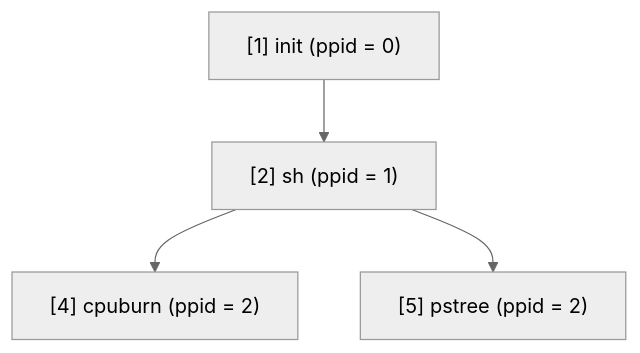
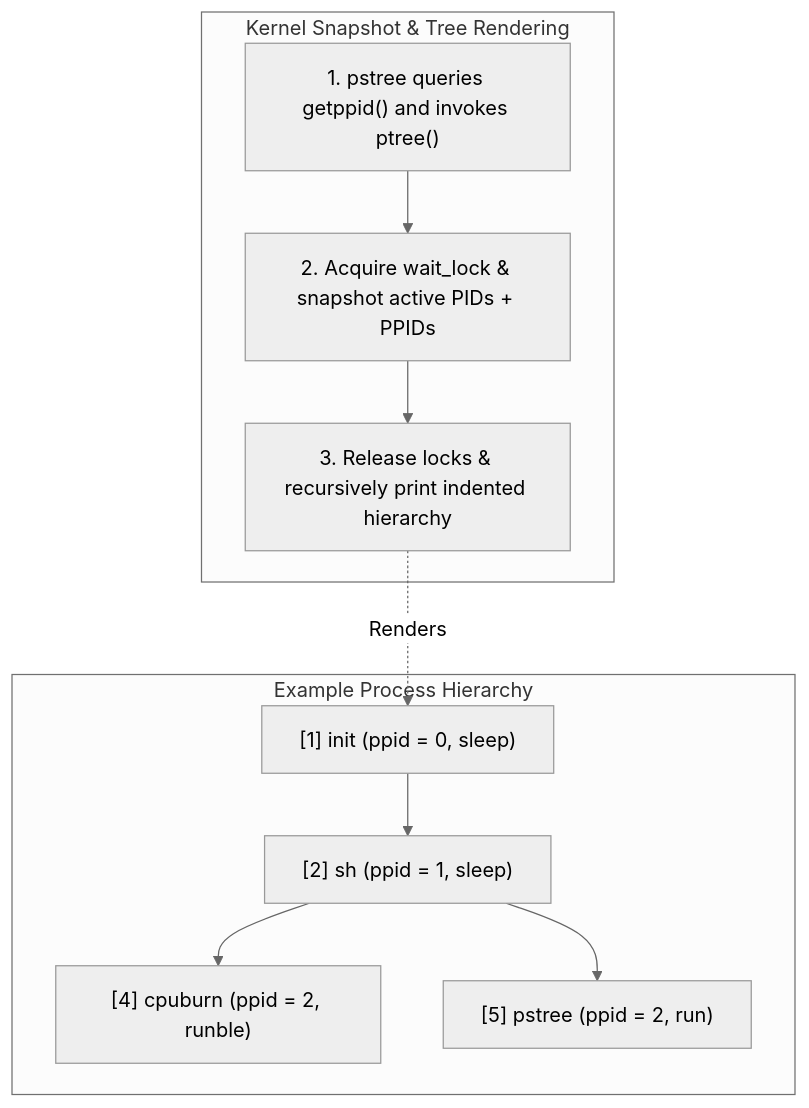
The ninth of 21 diagrams in README.md (asbahkhan67-ctrl/xv6-riscv), drawn with Mermaid (neutral theme) before and after one commit. The commit also changed other lines of this file, not shown here.

````diff
--- a/README.md
+++ b/README.md
@@ -347,6 +436,15 @@
 ```mermaid
 flowchart TD
-    R["[1] init (ppid = 0)"] --> S["[2] sh (ppid = 1)"]
-    S --> BG["[4] cpuburn (ppid = 2)"]
-    S --> PT["[5] pstree (ppid = 2)"]
+    subgraph Flow["Kernel Snapshot & Tree Rendering"]
+        A["1. pstree queries getppid() and invokes ptree()"] --> B["2. Acquire wait_lock & snapshot active PIDs + PPIDs"]
+        B --> C["3. Release locks & recursively print indented hierarchy"]
+    end
+
+    subgraph Tree["Example Process Hierarchy"]
+        P1["[1] init (ppid = 0, sleep)"] --> P2["[2] sh (ppid = 1, sleep)"]
+        P2 --> P4["[4] cpuburn (ppid = 2, runble)"]
+        P2 --> P5["[5] pstree (ppid = 2, run)"]
+    end
+
+    C -. "Renders" .-> P1
 ```
````
